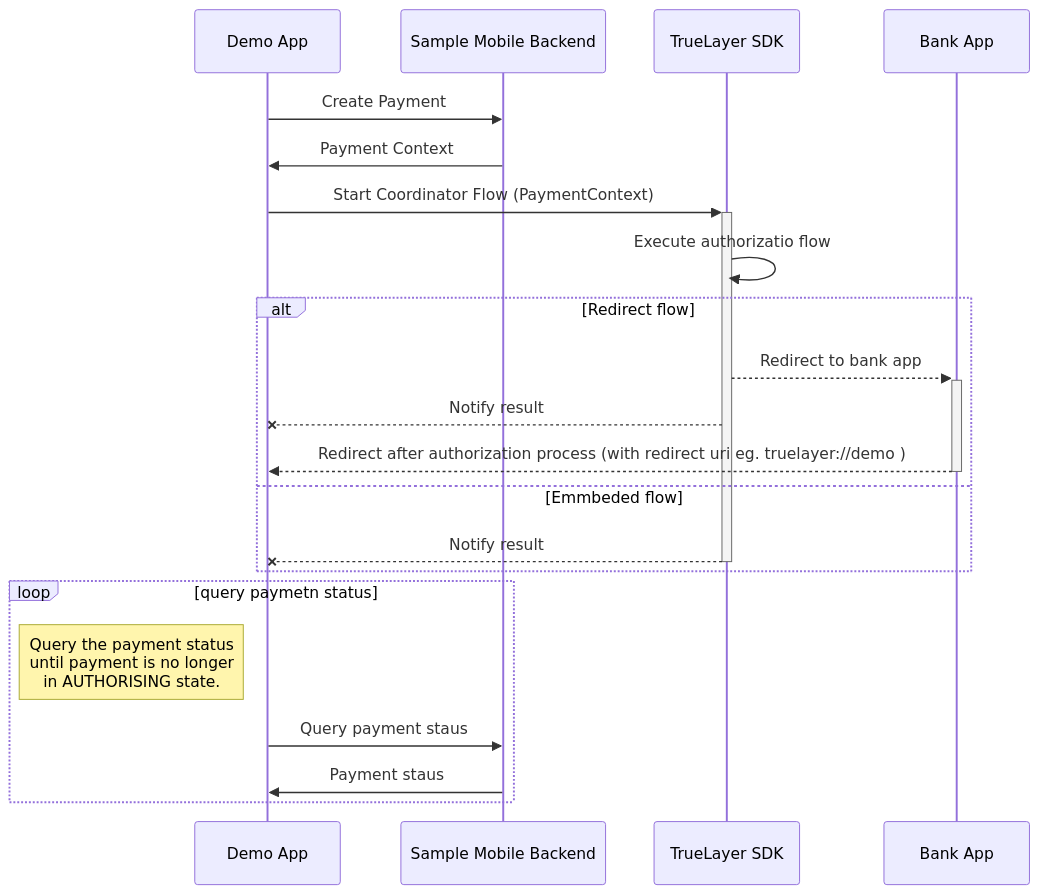
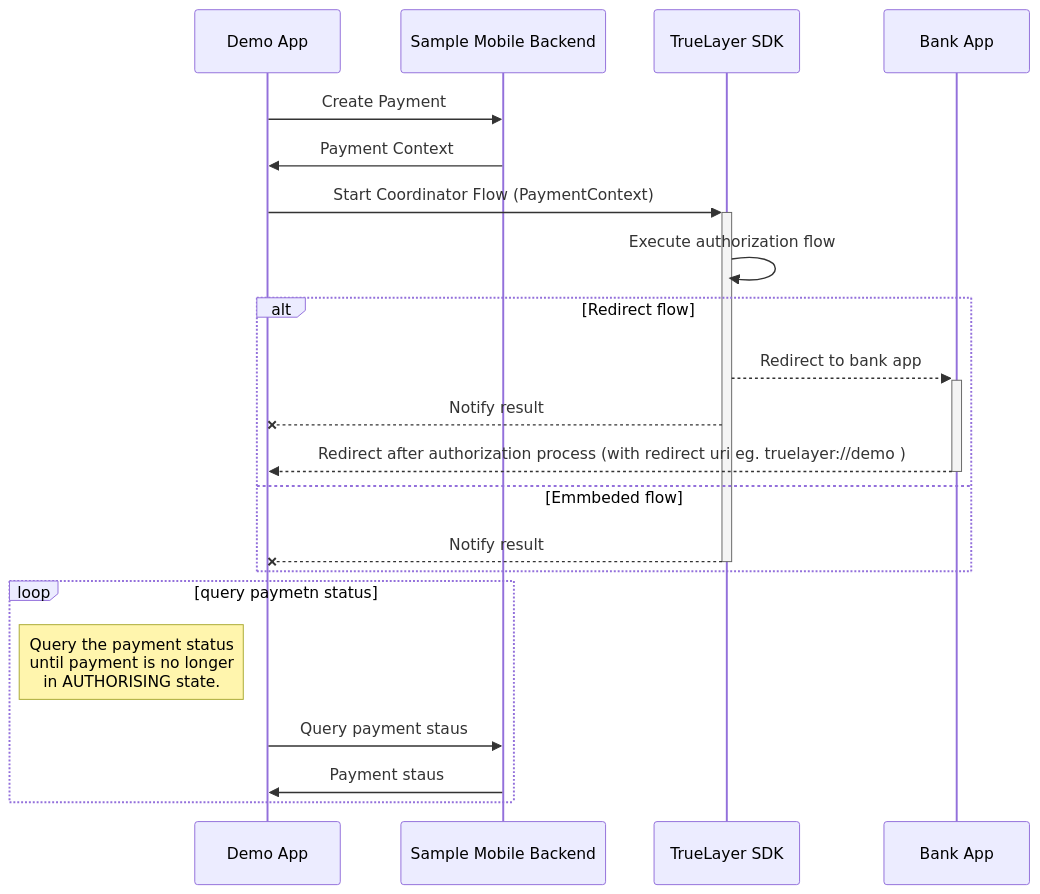
Before and after one commit to TrueLayer/truelayer-android-sdk-demo: the diagram in README.md, drawn with Mermaid.

````diff
--- a/README.md
+++ b/README.md
@@ -44,25 +44,25 @@
 ```mermaid
 sequenceDiagram
 	participant app as Demo App
 	participant backend as Sample Mobile Backend
 	participant SDK as TrueLayer SDK
 	participant Bank as Bank App
 
 	app ->> backend: Create Payment
 	backend ->> app: Payment Context
 	app ->>+ SDK: Start Coordinator Flow (PaymentContext)
-	SDK ->> SDK: Execute authorizatio flow
+	SDK ->> SDK: Execute authorization flow
 	alt Redirect flow
 	SDK -->>+ Bank: Redirect to bank app
 	
 	SDK --x app: Notify result
 	Bank -->>- app: Redirect after authorization process (with redirect uri eg. truelayer://demo )
 	else Emmbeded flow
 	SDK --x- app: Notify result
 	end
 	loop query paymetn status
 	note left of app: Query the payment status<br/>until payment is no longer<br/>in AUTHORISING state.
 	app ->> backend: Query payment staus
 	backend ->> app: Payment staus
 	end
 ```
````
